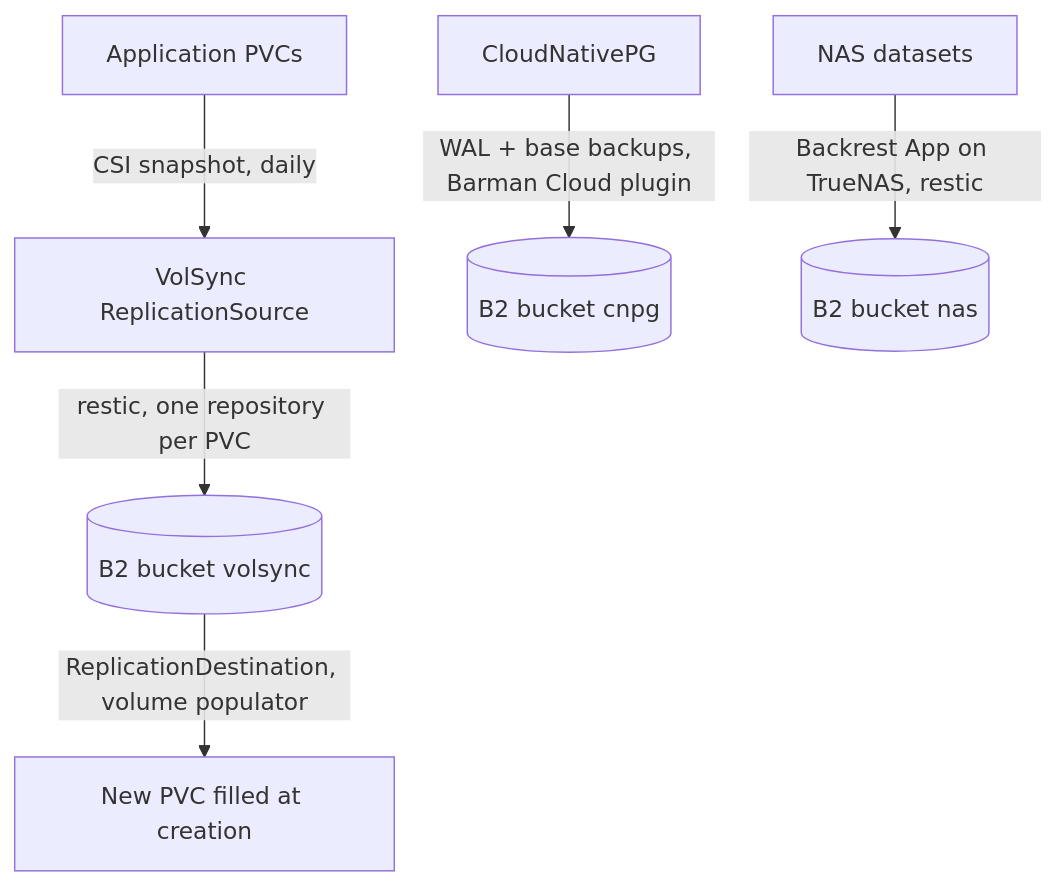
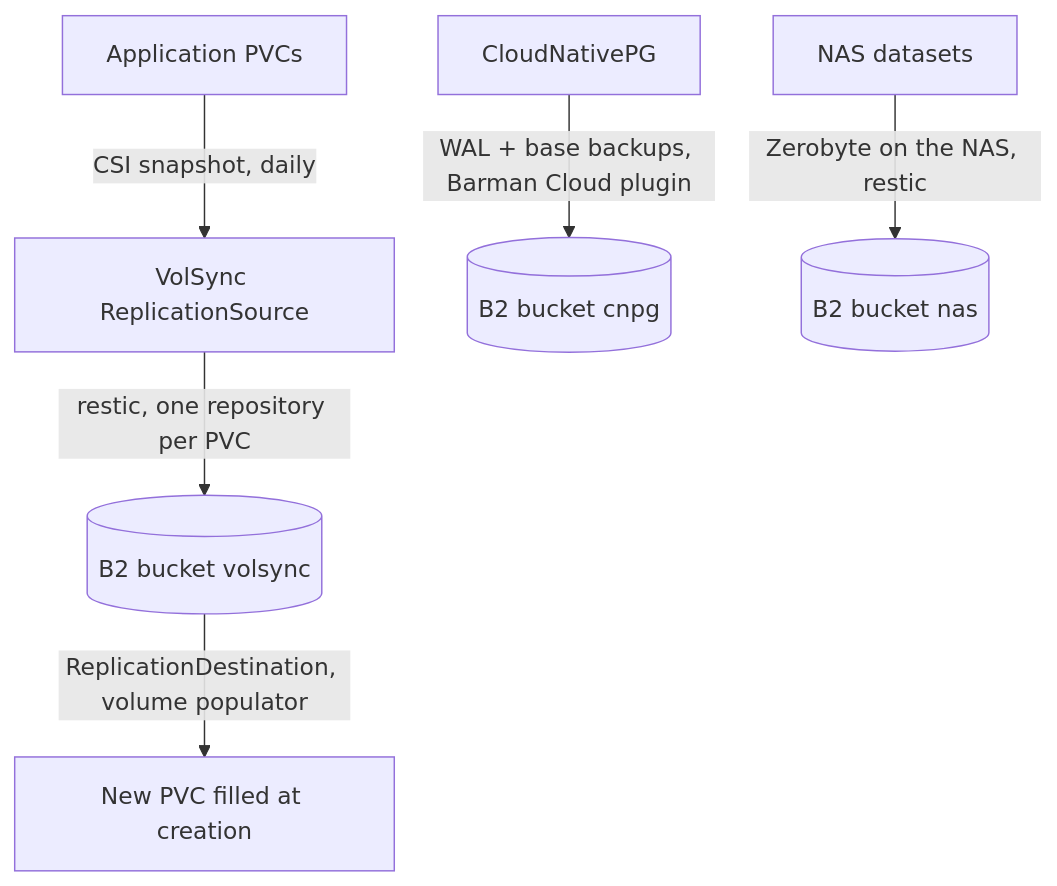
Before and after one commit to shellt0pia/infrastructure: the diagram in docs/backups/README.md, drawn with Mermaid. The commit also changed other lines of this file and 15 other files, not shown here.

Commit message:
Add NAS architecture and operations documentation

````diff
--- a/docs/backups/README.md
+++ b/docs/backups/README.md
@@ -28,9 +28,9 @@
 ```mermaid
 flowchart TD
 
     PVC[Application PVCs] -->|CSI snapshot, daily| RS[VolSync ReplicationSource]
     RS -->|restic, one repository per PVC| B2V[(B2 bucket volsync)]
     B2V -->|ReplicationDestination, volume populator| NEW[New PVC filled at creation]
     PG[CloudNativePG] -->|WAL + base backups, Barman Cloud plugin| B2C[(B2 bucket cnpg)]
-    NAS[NAS datasets] -->|Backrest App on TrueNAS, restic| B2N[(B2 bucket nas)]
+    NAS[NAS datasets] -->|Zerobyte on the NAS, restic| B2N[(B2 bucket nas)]
 ```
````
